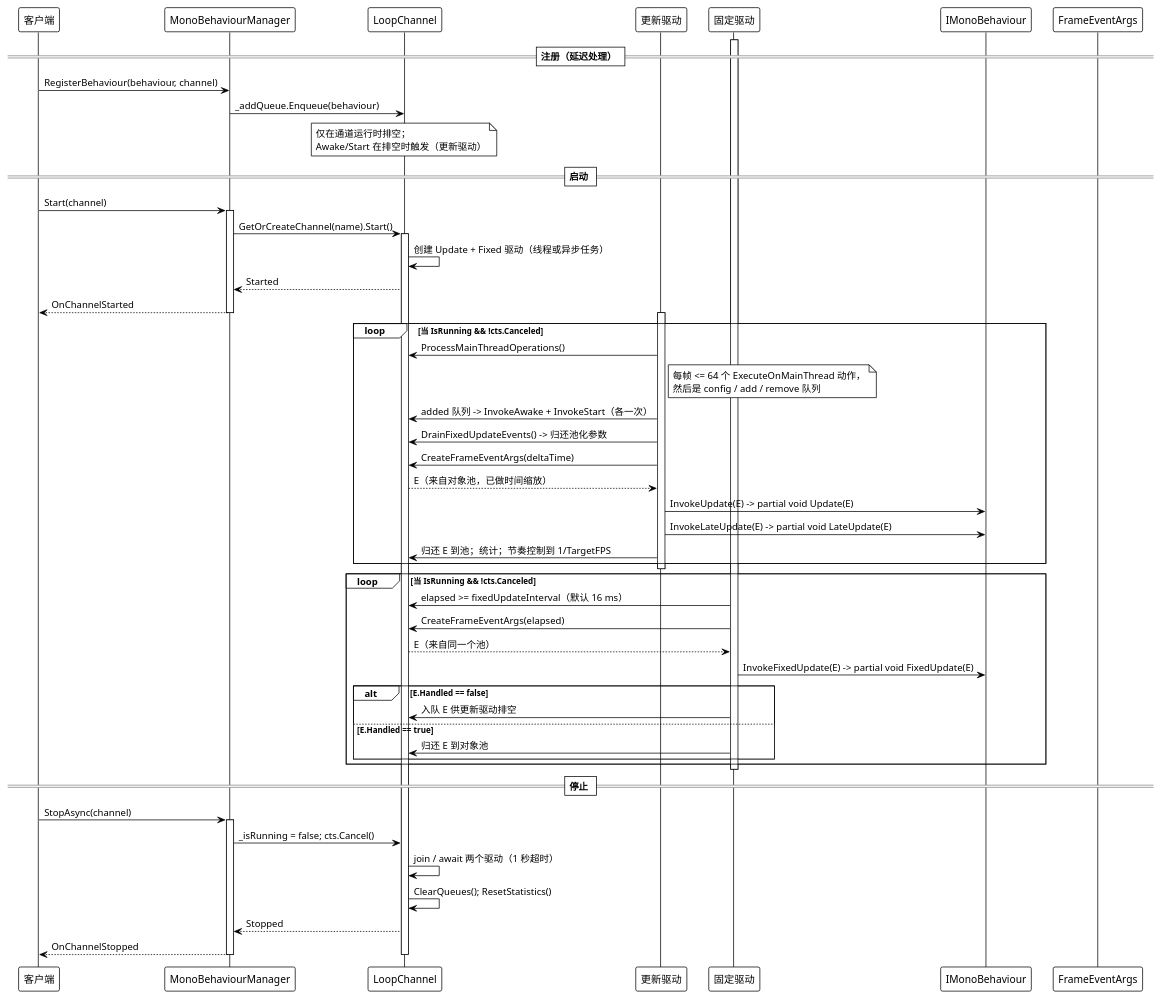
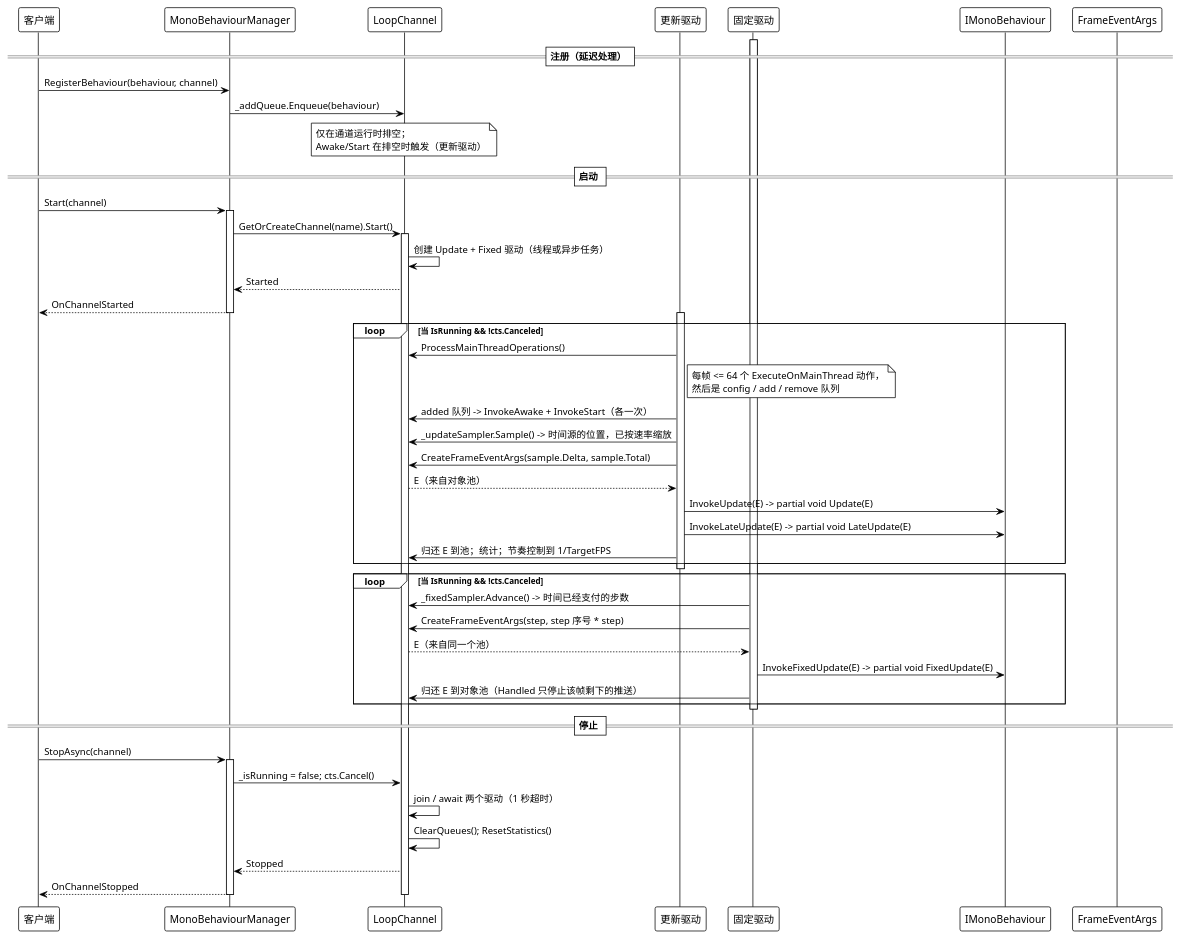
One commit to Axvser/VeloxDev.Docs changed the first of 6 diagrams in src/CloudGlyph/Assets/Docs/content/zh/3_SE分析/03_数据流分析/06_MonoBehaviour/index.md. Above: the diagram before and after it, drawn with PlantUML. The commit also changed other lines of this file and 37 other files, not shown here.

````diff
--- a/src/CloudGlyph/Assets/Docs/content/zh/3_SE分析/03_数据流分析/06_MonoBehaviour/index.md
+++ b/src/CloudGlyph/Assets/Docs/content/zh/3_SE分析/03_数据流分析/06_MonoBehaviour/index.md
@@ -7,67 +7,63 @@
 ```plantuml
 @startuml
 !theme plain
 
 participant "客户端" as C
 participant "MonoBehaviourManager" as M
 participant "LoopChannel" as L
 participant "更新驱动" as U
 participant "固定驱动" as F
 participant "IMonoBehaviour" as B
 participant "FrameEventArgs" as E
 
 == 注册（延迟处理） ==
 C -> M: RegisterBehaviour(behaviour, channel)
 M -> L: _addQueue.Enqueue(behaviour)
 note over L: 仅在通道运行时排空；\nAwake/Start 在排空时触发（更新驱动）
 
 == 启动 ==
 C -> M: Start(channel)
 activate M
 M -> L: GetOrCreateChannel(name).Start()
 activate L
 L -> L: 创建 Update + Fixed 驱动（线程或异步任务）
 L --> M: Started
 M --> C: OnChannelStarted
 deactivate M
 
 activate U
 loop 当 IsRunning && !cts.Canceled
     U -> L: ProcessMainThreadOperations()
     note right of U: 每帧 <= 64 个 ExecuteOnMainThread 动作，\n然后是 config / add / remove 队列
     U -> L: added 队列 -> InvokeAwake + InvokeStart（各一次）
-    U -> L: DrainFixedUpdateEvents() -> 归还池化参数
-    U -> L: CreateFrameEventArgs(deltaTime)
-    L --> U: E（来自对象池，已做时间缩放）
+    U -> L: _updateSampler.Sample() -> 时间源的位置，已按速率缩放
+    U -> L: CreateFrameEventArgs(sample.Delta, sample.Total)
+    L --> U: E（来自对象池）
     U -> B: InvokeUpdate(E) -> partial void Update(E)
     U -> B: InvokeLateUpdate(E) -> partial void LateUpdate(E)
     U -> L: 归还 E 到池；统计；节奏控制到 1/TargetFPS
 end
 deactivate U
 
 activate F
 loop 当 IsRunning && !cts.Canceled
-    F -> L: elapsed >= fixedUpdateInterval（默认 16 ms）
-    F -> L: CreateFrameEventArgs(elapsed)
+    F -> L: _fixedSampler.Advance() -> 时间已经支付的步数
+    F -> L: CreateFrameEventArgs(step, step 序号 * step)
     L --> F: E（来自同一个池）
     F -> B: InvokeFixedUpdate(E) -> partial void FixedUpdate(E)
-    alt E.Handled == false
-        F -> L: 入队 E 供更新驱动排空
-    else E.Handled == true
-        F -> L: 归还 E 到对象池
-    end
+    F -> L: 归还 E 到对象池（Handled 只停止该帧剩下的推送）
 end
 deactivate F
 
 == 停止 ==
 C -> M: StopAsync(channel)
 activate M
 M -> L: _isRunning = false; cts.Cancel()
 L -> L: join / await 两个驱动（1 秒超时）
 L -> L: ClearQueues(); ResetStatistics()
 L --> M: Stopped
 M --> C: OnChannelStopped
 deactivate M
 deactivate L
 @enduml
 ```
````
